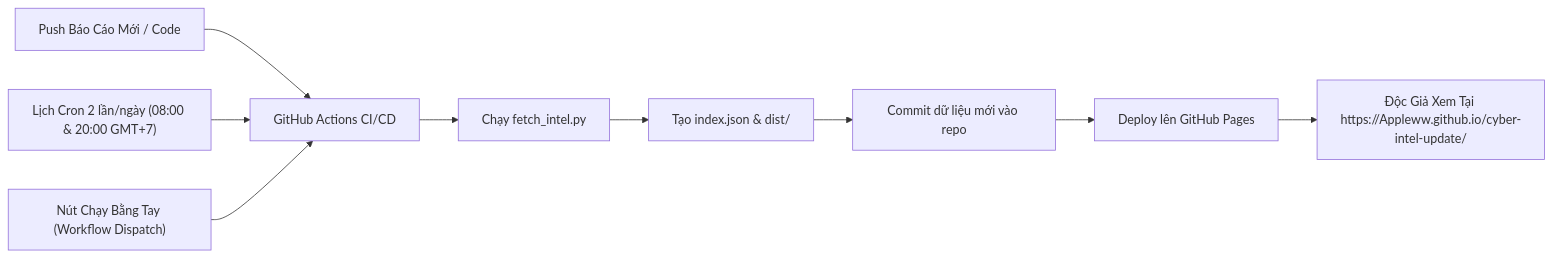
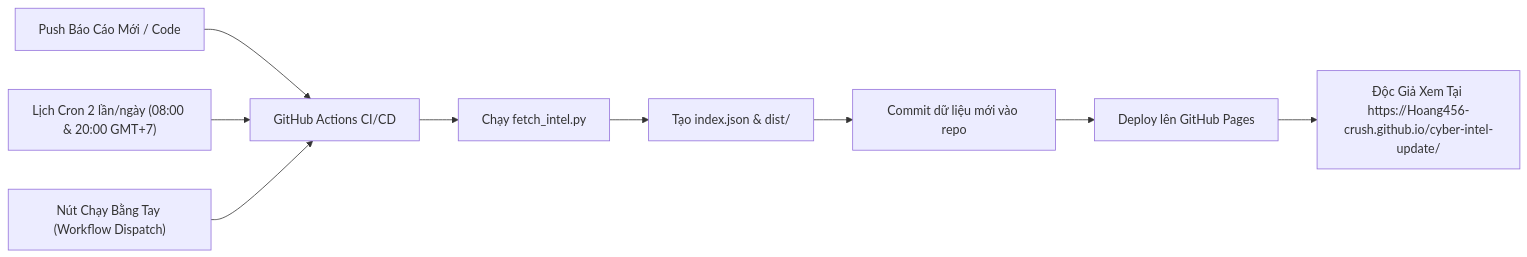
The diagram in README.md (Hoang456-crush/cyber-intel-update), drawn with Mermaid before and after one commit. The commit also changed other lines of this file and 1 other file, not shown here.

Commit message:
docs: update repository and pages URLs to Hoang456-crush

````diff
--- a/README.md
+++ b/README.md
@@ -36,12 +36,12 @@
 ```mermaid
 flowchart LR
     A["Push Báo Cáo Mới / Code"] --> C["GitHub Actions CI/CD"]
     B["Lịch Cron 2 lần/ngày (08:00 & 20:00 GMT+7)"] --> C
     D["Nút Chạy Bằng Tay (Workflow Dispatch)"] --> C
 
     C --> E["Chạy fetch_intel.py"]
     E --> F["Tạo index.json & dist/"]
     F --> G["Commit dữ liệu mới vào repo"]
     G --> H["Deploy lên GitHub Pages"]
-    H --> I["Độc Giả Xem Tại https://Appleww.github.io/cyber-intel-update/"]
+    H --> I["Độc Giả Xem Tại https://Hoang456-crush.github.io/cyber-intel-update/"]
 ```
````
